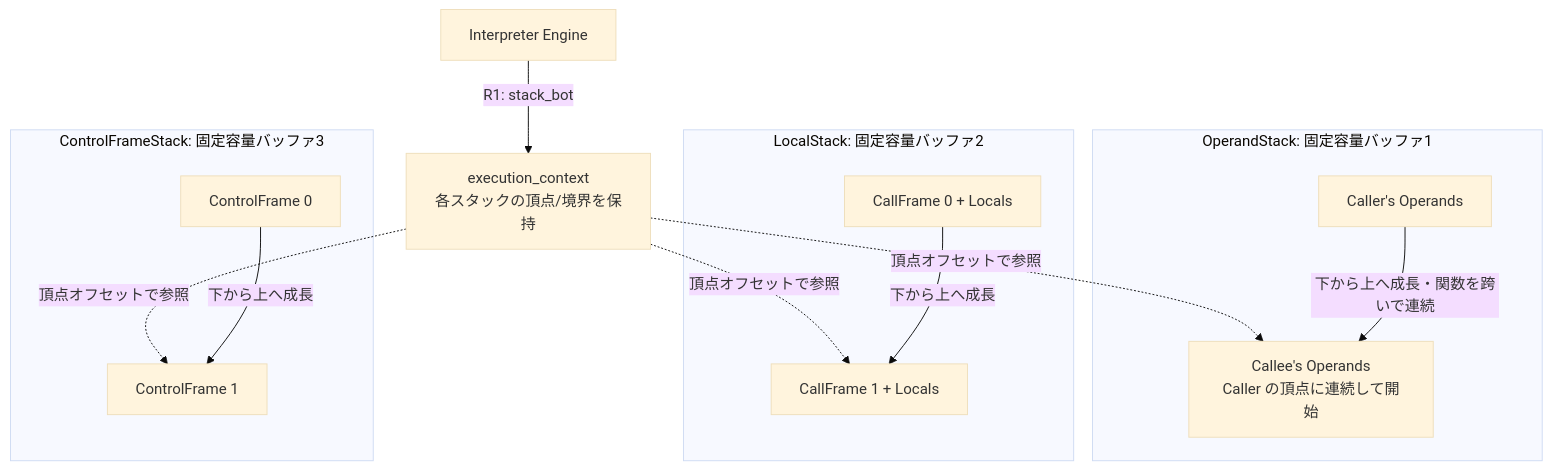
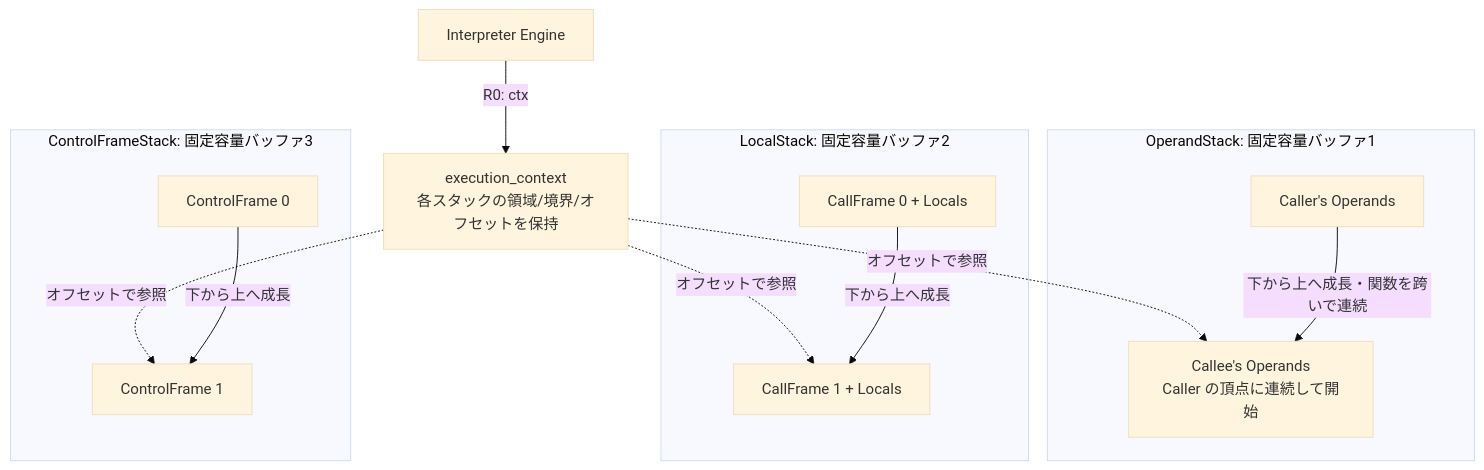
Before and after one commit to kmt-t/fireball: the first of 4 diagrams in docs/components/tier2_runtime/runtime_interpreter.md, drawn with Mermaid (base theme). The commit also changed other lines of this file and 9 other files, not shown here.

Commit message:
feat(jit): update register allocation to R0=ctx, R1=SP, R2=local_base, R3=TOS with 15-field context and block-end sync

````diff
--- a/docs/components/tier2_runtime/runtime_interpreter.md
+++ b/docs/components/tier2_runtime/runtime_interpreter.md
@@ -27,27 +27,27 @@
 ```mermaid
 graph TD
-    Ctx[execution_context<br/>各スタックの頂点/境界を保持]
+    Ctx[execution_context<br/>各スタックの領域/境界/オフセットを保持]
 
     subgraph Operand_Stack_Memory["OperandStack: 固定容量バッファ1"]
         Op0[Caller's Operands]
         Op1[Callee's Operands<br/>Caller の頂点に連続して開始]
     end
 
     subgraph Local_Stack_Memory["LocalStack: 固定容量バッファ2"]
         Loc0[CallFrame 0 + Locals]
         Loc1[CallFrame 1 + Locals]
     end
 
     subgraph Control_Frame_Memory["ControlFrameStack: 固定容量バッファ3"]
         Ctrl0[ControlFrame 0]
         Ctrl1[ControlFrame 1]
     end
 
-    Engine[Interpreter Engine] -- R1: stack_bot --> Ctx
-    Ctx -. "頂点オフセットで参照" .-> Op1
-    Ctx -. "頂点オフセットで参照" .-> Loc1
-    Ctx -. "頂点オフセットで参照" .-> Ctrl1
+    Engine[Interpreter Engine] -- R0: ctx --> Ctx
+    Ctx -. "オフセットで参照" .-> Op1
+    Ctx -. "オフセットで参照" .-> Loc1
+    Ctx -. "オフセットで参照" .-> Ctrl1
     Op0 -- "下から上へ成長・関数を跨いで連続" --> Op1
     Loc0 -- "下から上へ成長" --> Loc1
     Ctrl0 -- "下から上へ成長" --> Ctrl1
 ```
````
